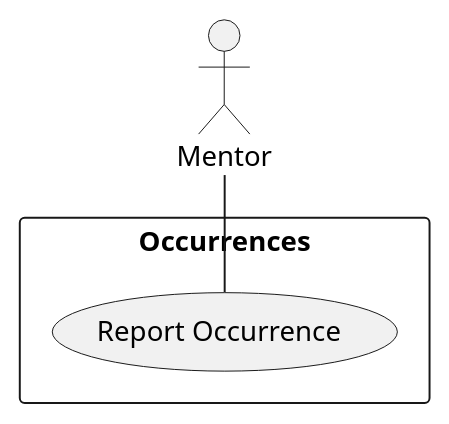
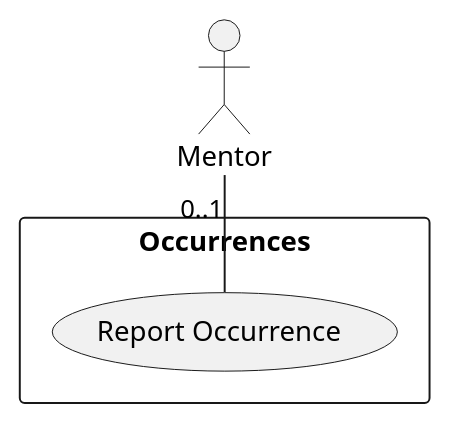
One commit to bmb0136/COMP-3700-Project changed the diagram in Use Cases/ReportOccurrence.iuml. Above: the diagram before and after it, drawn with PlantUML. The commit also changed other lines of this file and 17 other files, not shown here.

```diff
--- a/Use Cases/ReportOccurrence.iuml
+++ b/Use Cases/ReportOccurrence.iuml
@@ -1,7 +1,7 @@
 @startuml Report Occurrence
 rectangle "Occurrences"{
 (Report Occurrence)
 }
 actor :Mentor:
-Mentor -- (Report Occurrence)
+Mentor "0..1" -- (Report Occurrence)
 @enduml
```
